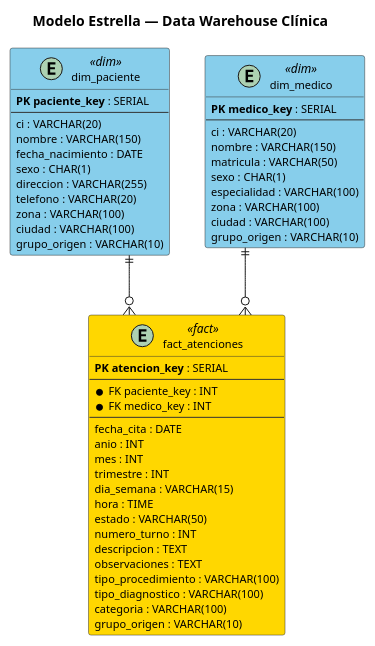
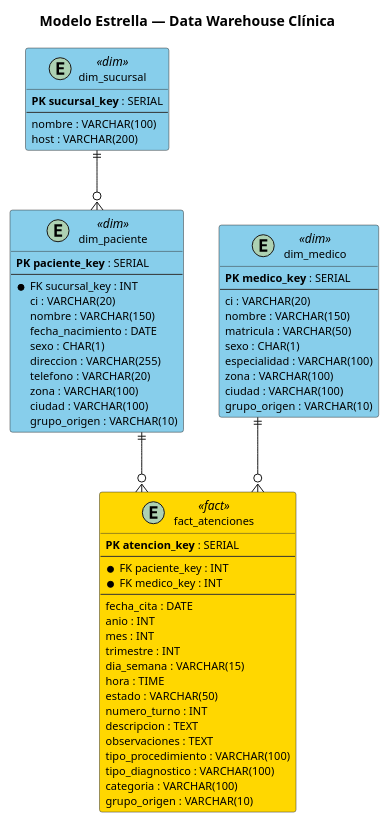
Before and after one commit to tunek12421/clinica-bd: the diagram in modelo-estrella.puml, drawn with PlantUML. The commit also changed 3 other files, not shown here.

```diff
--- a/modelo-estrella.puml
+++ b/modelo-estrella.puml
@@ -1,80 +1,89 @@
 @startuml modelo-estrella
 
 title Modelo Estrella — Data Warehouse Clínica
 
 skinparam linetype ortho
 skinparam classFontSize 12
 skinparam classAttributeFontSize 11
 
 skinparam class {
     BackgroundColor<<fact>> #FFD700
     BackgroundColor<<dim>> #87CEEB
     BorderColor #333333
     FontColor #000000
 }
 
 ' ========================
 ' DIMENSIONES
 ' ========================
 
+entity "dim_sucursal" <<dim>> {
+    **PK sucursal_key** : SERIAL
+    --
+    nombre : VARCHAR(100)
+    host : VARCHAR(200)
+}
+
 entity "dim_paciente" <<dim>> {
     **PK paciente_key** : SERIAL
     --
+    *FK sucursal_key : INT
     ci : VARCHAR(20)
     nombre : VARCHAR(150)
     fecha_nacimiento : DATE
     sexo : CHAR(1)
     direccion : VARCHAR(255)
     telefono : VARCHAR(20)
     zona : VARCHAR(100)
     ciudad : VARCHAR(100)
     grupo_origen : VARCHAR(10)
 }
 
 entity "dim_medico" <<dim>> {
     **PK medico_key** : SERIAL
     --
     ci : VARCHAR(20)
     nombre : VARCHAR(150)
     matricula : VARCHAR(50)
     sexo : CHAR(1)
     especialidad : VARCHAR(100)
     zona : VARCHAR(100)
     ciudad : VARCHAR(100)
     grupo_origen : VARCHAR(10)
 }
 
 ' ========================
 ' TABLA DE HECHOS
 ' ========================
 
 entity "fact_atenciones" <<fact>> {
     **PK atencion_key** : SERIAL
     --
     *FK paciente_key : INT
     *FK medico_key : INT
     --
     fecha_cita : DATE
     anio : INT
     mes : INT
     trimestre : INT
     dia_semana : VARCHAR(15)
     hora : TIME
     estado : VARCHAR(50)
     numero_turno : INT
     descripcion : TEXT
     observaciones : TEXT
     tipo_procedimiento : VARCHAR(100)
     tipo_diagnostico : VARCHAR(100)
     categoria : VARCHAR(100)
     grupo_origen : VARCHAR(10)
 }
 
 ' ========================
 ' RELACIONES
 ' ========================
 
+dim_sucursal ||--o{ dim_paciente
 dim_paciente ||--o{ fact_atenciones
 dim_medico ||--o{ fact_atenciones
 
 @enduml
```
